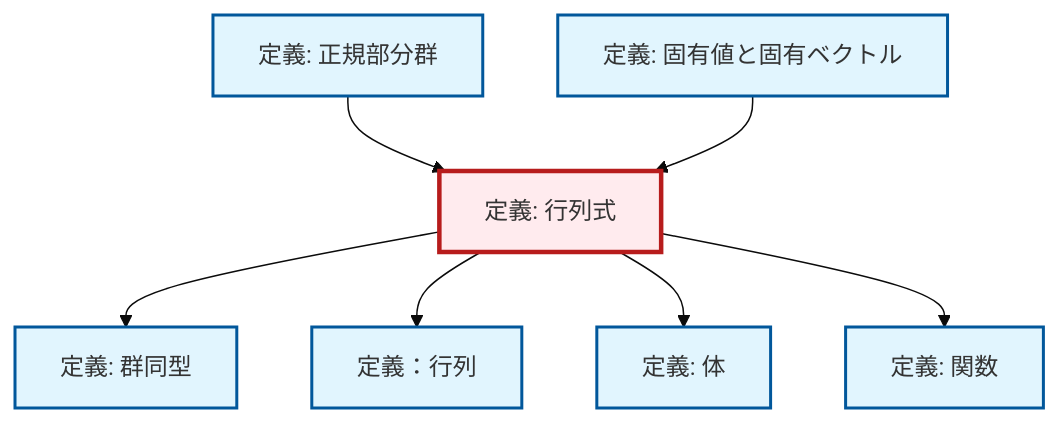
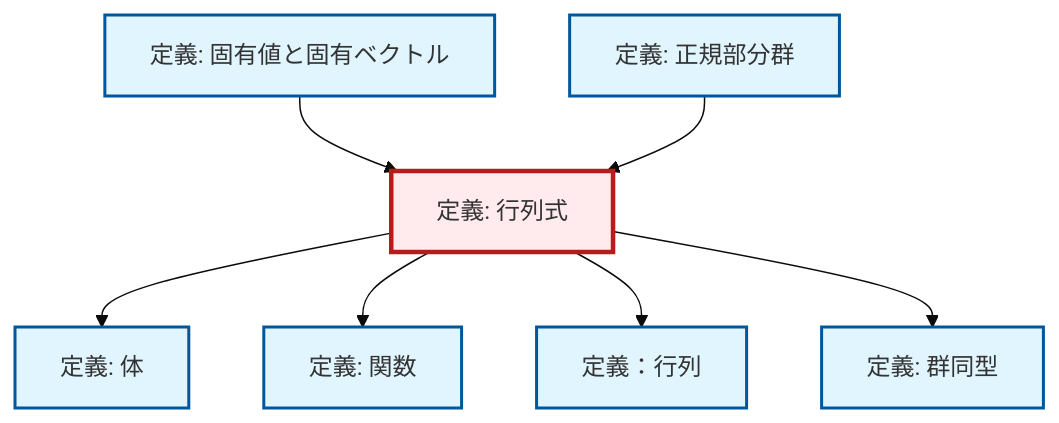
One commit to RK0429/ModernMath changed the diagram in content/ja/algebra/def-determinant.qmd. Above: the diagram before and after it, drawn with Mermaid (base theme). The commit also changed other lines of this file and 1012 other files, not shown here.

````diff
--- a/content/ja/algebra/def-determinant.qmd
+++ b/content/ja/algebra/def-determinant.qmd
@@ -82,29 +82,29 @@
 ```{mermaid}
 %%| fig-cap: "Local dependency graph"
 graph TD
     classDef definition fill:#e1f5fe,stroke:#01579b,stroke-width:2px
     classDef theorem fill:#f3e5f5,stroke:#4a148c,stroke-width:2px
     classDef axiom fill:#fff3e0,stroke:#e65100,stroke-width:2px
     classDef example fill:#e8f5e9,stroke:#1b5e20,stroke-width:2px
     classDef current fill:#ffebee,stroke:#b71c1c,stroke-width:3px
-    def-determinant["定義: 行列式"]:::definition
-    def-function["定義: 関数"]:::definition
-    def-eigenvalue-eigenvector["定義: 固有値と固有ベクトル"]:::definition
-    def-normal-subgroup["定義: 正規部分群"]:::definition
     def-field["定義: 体"]:::definition
     def-isomorphism["定義: 群同型"]:::definition
+    def-eigenvalue-eigenvector["定義: 固有値と固有ベクトル"]:::definition
     def-matrix["定義：行列"]:::definition
-    def-determinant --> def-isomorphism
-    def-determinant --> def-matrix
-    def-normal-subgroup --> def-determinant
+    def-normal-subgroup["定義: 正規部分群"]:::definition
+    def-function["定義: 関数"]:::definition
+    def-determinant["定義: 行列式"]:::definition
+    def-eigenvalue-eigenvector --> def-determinant
     def-determinant --> def-field
     def-determinant --> def-function
-    def-eigenvalue-eigenvector --> def-determinant
+    def-normal-subgroup --> def-determinant
+    def-determinant --> def-matrix
+    def-determinant --> def-isomorphism
     class def-determinant current
-    click def-function "def-function.html" "関数の定義へ"
-    click def-eigenvalue-eigenvector "def-eigenvalue-eigenvector.html" "固有値と固有ベクトルの定義へ"
-    click def-normal-subgroup "def-normal-subgroup.html" "正規部分群の定義へ"
     click def-field "def-field.html" "体の定義へ"
     click def-isomorphism "def-isomorphism.html" "群同型の定義へ"
+    click def-eigenvalue-eigenvector "def-eigenvalue-eigenvector.html" "固有値と固有ベクトルの定義へ"
     click def-matrix "def-matrix.html" "定義：行列へ"
+    click def-normal-subgroup "def-normal-subgroup.html" "正規部分群の定義へ"
+    click def-function "def-function.html" "関数の定義へ"
 ```
````
